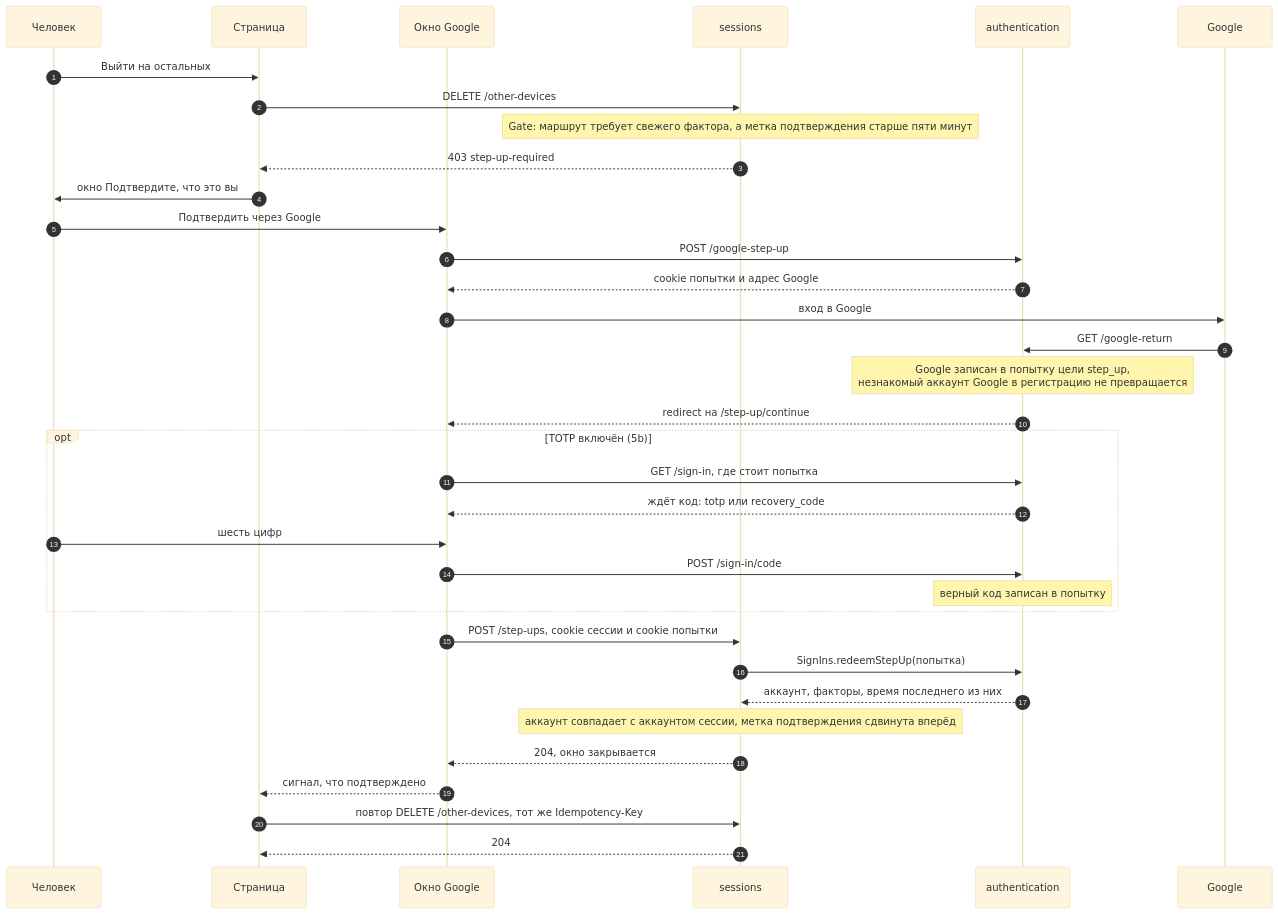
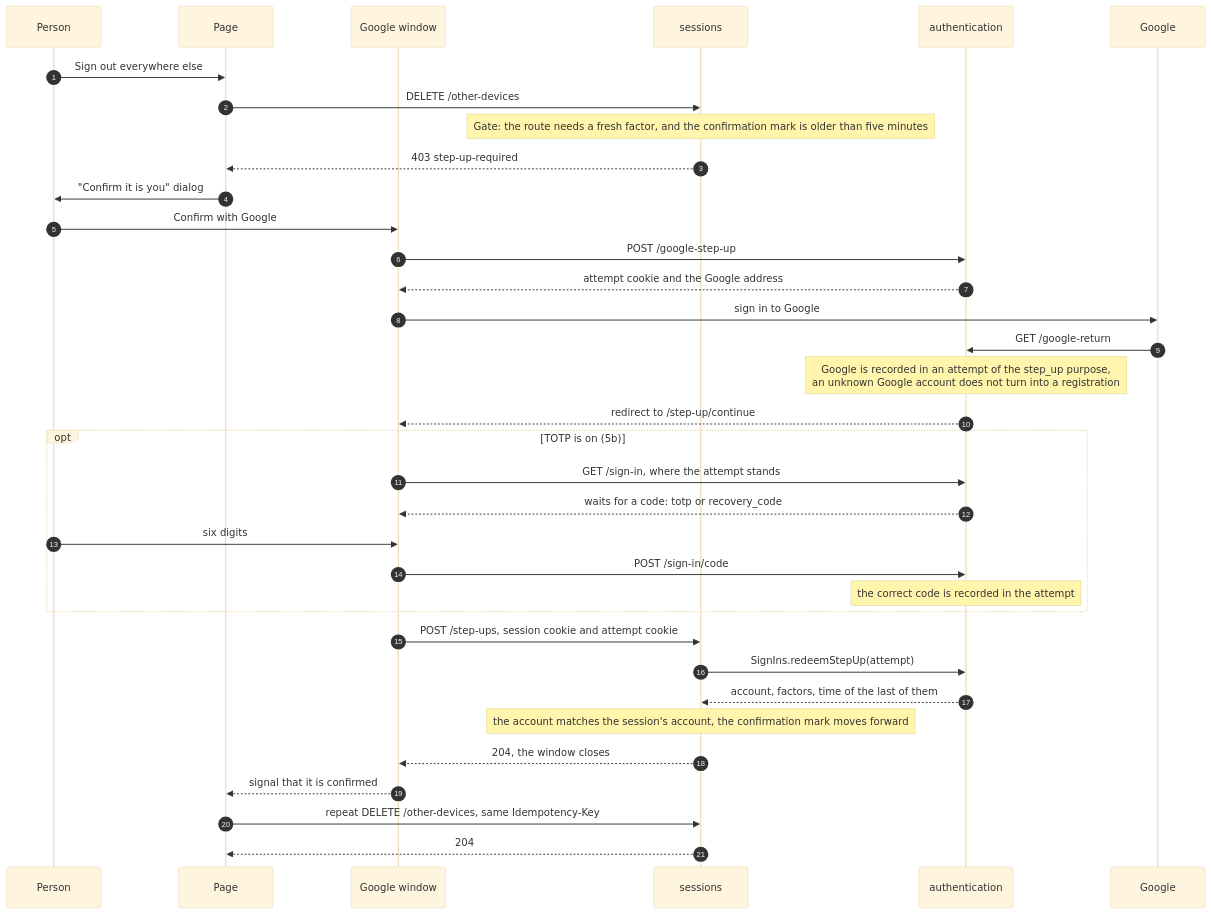
One commit to yuriisurzhykov/Tallyvane changed the first of 5 diagrams in docs/backend/02-authentication-slice-5.md. Above: the diagram before and after it, drawn with Mermaid (base theme). The commit also changed other lines of this file, not shown here.

````diff
--- a/docs/backend/02-authentication-slice-5.md
+++ b/docs/backend/02-authentication-slice-5.md
@@ -46,37 +46,37 @@
 ```mermaid
 sequenceDiagram
     autonumber
-    participant P as Человек
-    participant W as Страница
-    participant O as Окно Google
+    participant P as Person
+    participant W as Page
+    participant O as Google window
     participant S as sessions
     participant A as authentication
     participant G as Google
-    P->>W: Выйти на остальных
+    P->>W: Sign out everywhere else
     W->>S: DELETE /other-devices
-    Note over S: Gate: маршрут требует свежего фактора, а метка подтверждения старше пяти минут
+    Note over S: Gate: the route needs a fresh factor, and the confirmation mark is older than five minutes
     S-->>W: 403 step-up-required
-    W->>P: окно Подтвердите, что это вы
-    P->>O: Подтвердить через Google
+    W->>P: "Confirm it is you" dialog
+    P->>O: Confirm with Google
     O->>A: POST /google-step-up
-    A-->>O: cookie попытки и адрес Google
-    O->>G: вход в Google
+    A-->>O: attempt cookie and the Google address
+    O->>G: sign in to Google
     G->>A: GET /google-return
-    Note over A: Google записан в попытку цели step_up,<br/>незнакомый аккаунт Google в регистрацию не превращается
-    A-->>O: redirect на /step-up/continue
-    opt TOTP включён (5b)
-        O->>A: GET /sign-in, где стоит попытка
-        A-->>O: ждёт код: totp или recovery_code
-        P->>O: шесть цифр
+    Note over A: Google is recorded in an attempt of the step_up purpose,<br/>an unknown Google account does not turn into a registration
+    A-->>O: redirect to /step-up/continue
+    opt TOTP is on (5b)
+        O->>A: GET /sign-in, where the attempt stands
+        A-->>O: waits for a code: totp or recovery_code
+        P->>O: six digits
         O->>A: POST /sign-in/code
-        Note over A: верный код записан в попытку
+        Note over A: the correct code is recorded in the attempt
     end
-    O->>S: POST /step-ups, cookie сессии и cookie попытки
-    S->>A: SignIns.redeemStepUp(попытка)
-    A-->>S: аккаунт, факторы, время последнего из них
-    Note over S: аккаунт совпадает с аккаунтом сессии, метка подтверждения сдвинута вперёд
-    S-->>O: 204, окно закрывается
-    O-->>W: сигнал, что подтверждено
-    W->>S: повтор DELETE /other-devices, тот же Idempotency-Key
+    O->>S: POST /step-ups, session cookie and attempt cookie
+    S->>A: SignIns.redeemStepUp(attempt)
+    A-->>S: account, factors, time of the last of them
+    Note over S: the account matches the session's account, the confirmation mark moves forward
+    S-->>O: 204, the window closes
+    O-->>W: signal that it is confirmed
+    W->>S: repeat DELETE /other-devices, same Idempotency-Key
     S-->>W: 204
 ```
````
